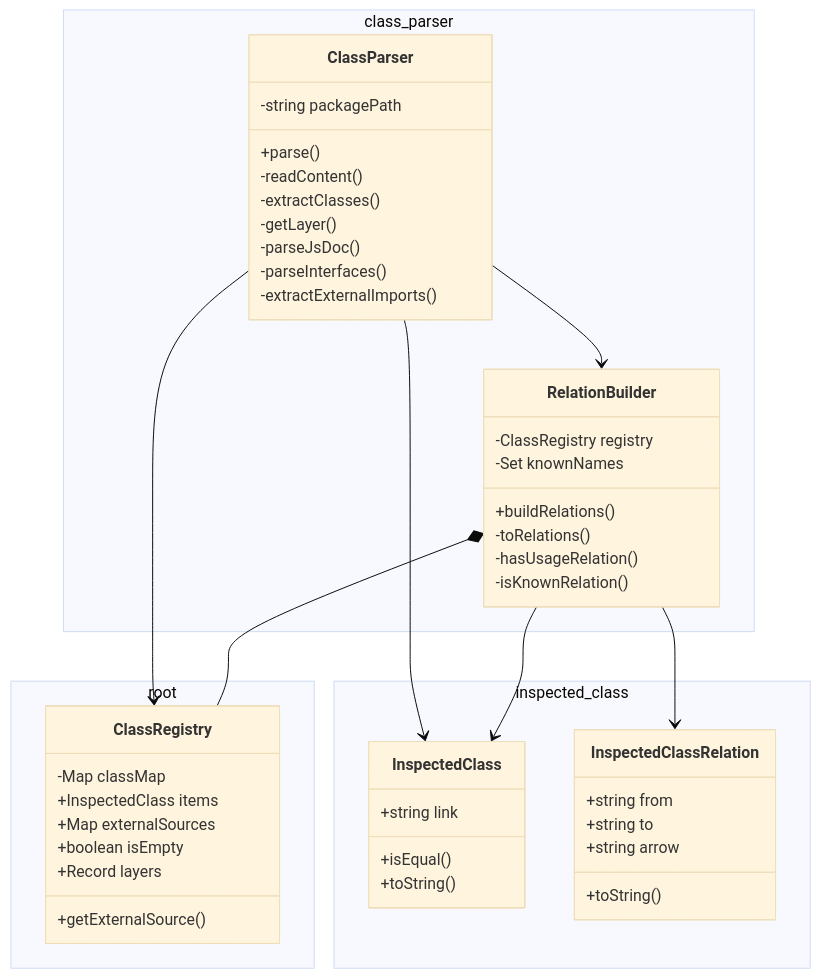
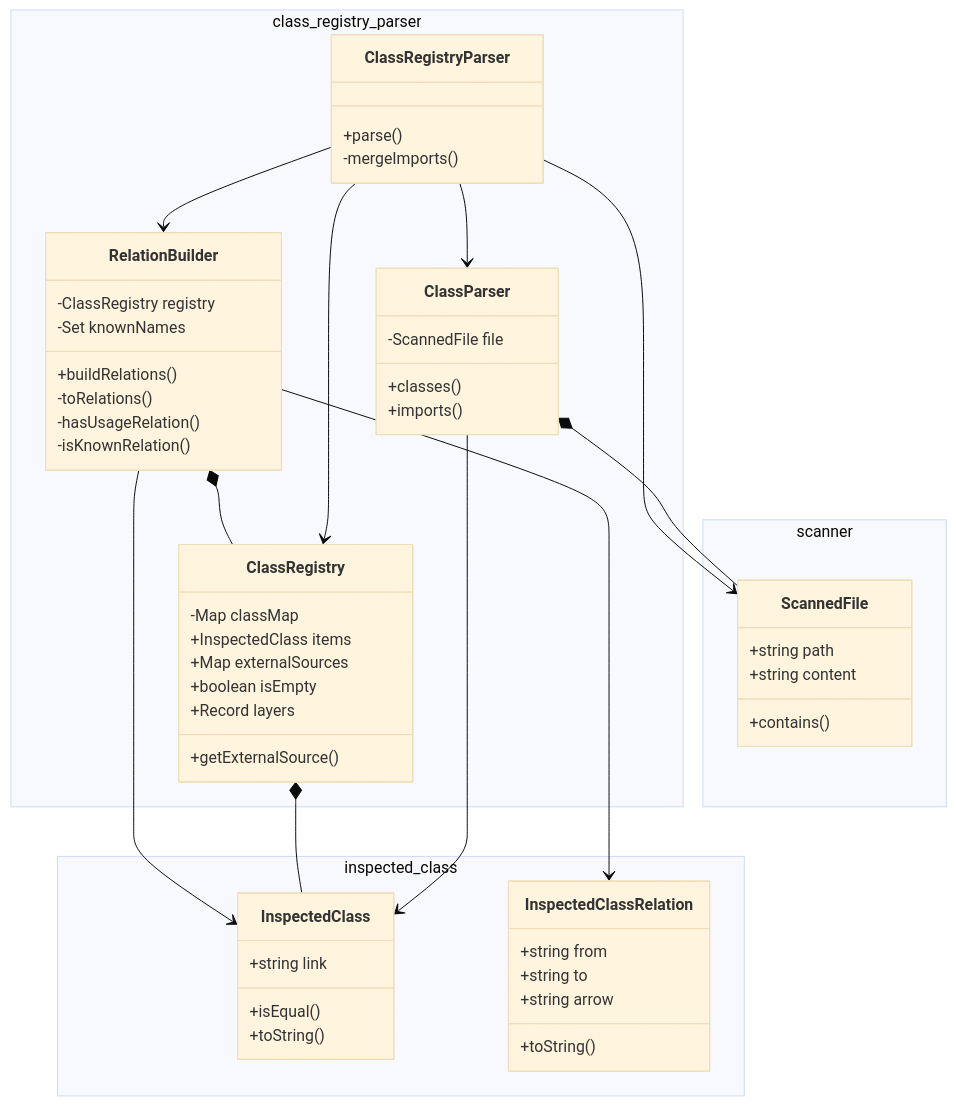
Before and after one commit to pslotinsky/decay-of-magic: the first of 5 diagrams in packages/poe/README.md, drawn with Mermaid (base theme). The commit also changed other lines of this file and 14 other files, not shown here.

````diff
--- a/packages/poe/README.md
+++ b/packages/poe/README.md
@@ -8,53 +8,61 @@
 ```mermaid
 classDiagram
-  namespace class_parser {
+  namespace class_registry_parser {
     class ClassParser {
-      -string packagePath
+      -ScannedFile file
+      +classes()
+      +imports()
+    }
+    class ClassRegistry {
+      -Map classMap
+      +InspectedClass items
+      +Map externalSources
+      +boolean isEmpty
+      +Record layers
+      +getExternalSource()
+    }
+    class ClassRegistryParser {
       +parse()
-      -readContent()
-      -extractClasses()
-      -getLayer()
-      -parseJsDoc()
-      -parseInterfaces()
-      -extractExternalImports()
+      -mergeImports()
     }
     class RelationBuilder {
       -ClassRegistry registry
       -Set knownNames
       +buildRelations()
       -toRelations()
       -hasUsageRelation()
       -isKnownRelation()
     }
   }
-  namespace root {
-    class ClassRegistry {
-      -Map classMap
-      +InspectedClass items
-      +Map externalSources
-      +boolean isEmpty
-      +Record layers
-      +getExternalSource()
+  namespace scanner {
+    class ScannedFile {
+      +string path
+      +string content
+      +contains()
     }
   }
   namespace inspected_class {
     class InspectedClass {
       +string link
       +isEqual()
       +toString()
     }
     class InspectedClassRelation {
       +string from
       +string to
       +string arrow
       +toString()
     }
   }
 
-  ClassParser --> RelationBuilder
-  ClassParser --> ClassRegistry
+  ClassParser *-- ScannedFile
   ClassParser --> InspectedClass
+  ClassRegistry *-- InspectedClass
+  ClassRegistryParser --> ClassParser
+  ClassRegistryParser --> ClassRegistry
+  ClassRegistryParser --> RelationBuilder
+  ClassRegistryParser --> ScannedFile
   RelationBuilder *-- ClassRegistry
   RelationBuilder --> InspectedClass
   RelationBuilder --> InspectedClassRelation
 ```
````
